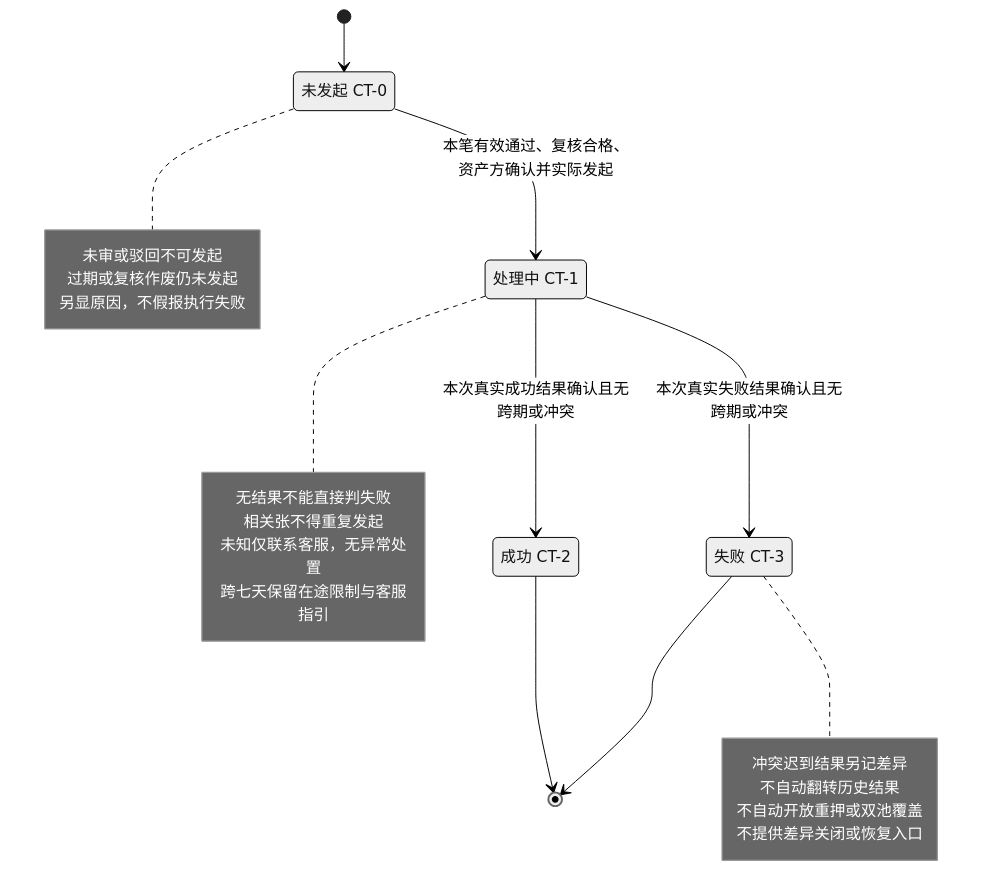
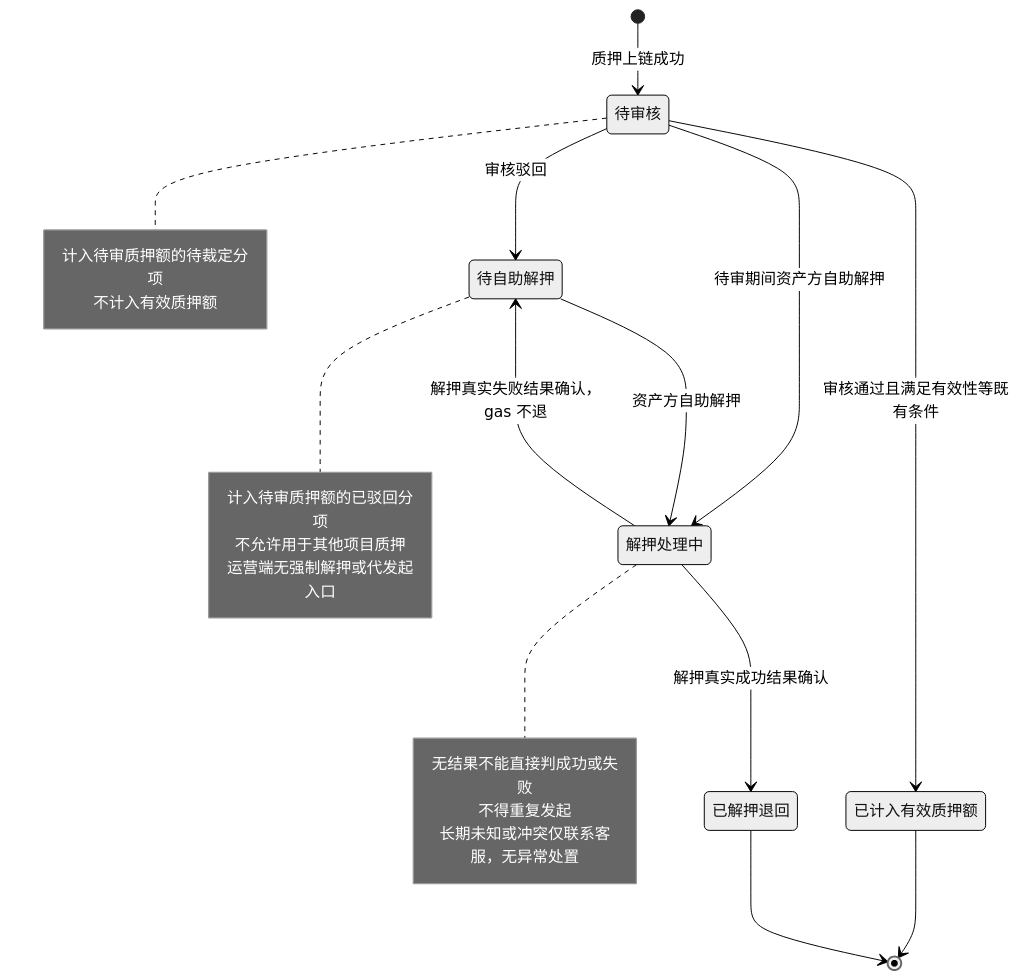
One commit to wxblockchain/Chain-Financing changed the sixth of 6 diagrams in lending-platform/PRD/v1.0-代币质押审核/02-代币质押审核-流程图与状态机.md. Above: the diagram before and after it, drawn with Mermaid (neutral theme). The commit also changed other lines of this file and 4 other files, not shown here.

````diff
--- a/lending-platform/PRD/v1.0-代币质押审核/02-代币质押审核-流程图与状态机.md
+++ b/lending-platform/PRD/v1.0-代币质押审核/02-代币质押审核-流程图与状态机.md
@@ -164,30 +176,31 @@
 ```mermaid
 stateDiagram-v2
-  state "未发起 CT-0" as NotStarted
-  state "处理中 CT-1" as Processing
-  state "成功 CT-2" as Succeeded
-  state "失败 CT-3" as Failed
-  [*] --> NotStarted
-  NotStarted --> Processing: 本笔有效通过、复核合格、资产方确认并实际发起
-  Processing --> Succeeded: 本次真实成功结果确认且无跨期或冲突
-  Processing --> Failed: 本次真实失败结果确认且无跨期或冲突
-  Succeeded --> [*]
-  Failed --> [*]
-  note right of NotStarted
-    未审或驳回不可发起
-    过期或复核作废仍未发起
-    另显原因，不假报执行失败
+  state "待审核" as Pending
+  state "已计入有效质押额" as Counted
+  state "待自助解押" as ToRelease
+  state "解押处理中" as Releasing
+  state "已解押退回" as Returned
+  [*] --> Pending: 质押上链成功
+  Pending --> Counted: 审核通过且满足有效性等既有条件
+  Pending --> ToRelease: 审核驳回
+  Pending --> Releasing: 待审期间资产方自助解押
+  ToRelease --> Releasing: 资产方自助解押
+  Releasing --> Returned: 解押真实成功结果确认
+  Releasing --> ToRelease: 解押真实失败结果确认，gas 不退
+  Counted --> [*]
+  Returned --> [*]
+  note right of Pending
+    计入待审质押额的待裁定分项
+    不计入有效质押额
   end note
-  note right of Processing
-    无结果不能直接判失败
-    相关张不得重复发起
-    未知仅联系客服，无异常处置
-    跨七天保留在途限制与客服指引
+  note right of ToRelease
+    计入待审质押额的已驳回分项
+    不允许用于其他项目质押
+    运营端无强制解押或代发起入口
   end note
-  note right of Failed
-    冲突迟到结果另记差异
-    不自动翻转历史结果
-    不自动开放重押或双池覆盖
-    不提供差异关闭或恢复入口
+  note right of Releasing
+    无结果不能直接判成功或失败
+    不得重复发起
+    长期未知或冲突仅联系客服，无异常处置
   end note
 ```
````
